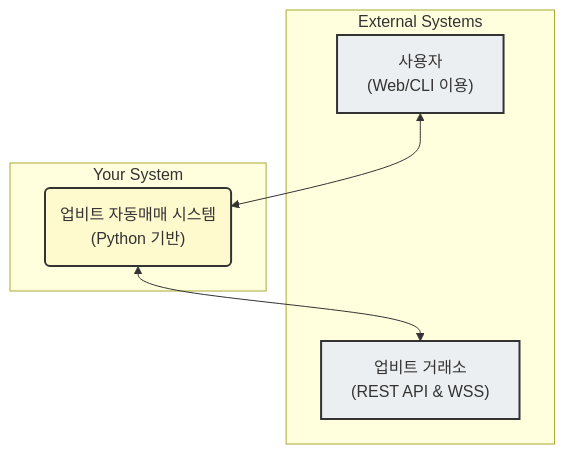
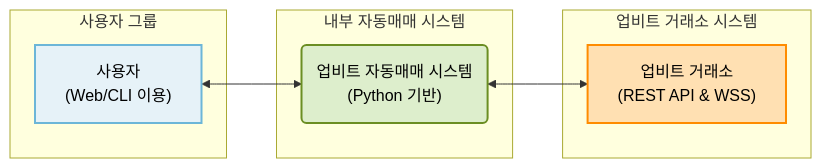
One commit to invisible0000/upbit-autotrader-vscode changed the diagram in reference/01_system_architecture_design.md. Above: the diagram before and after it, drawn with Mermaid. The commit also changed 34 other files, not shown here.

````diff
--- a/reference/01_system_architecture_design.md
+++ b/reference/01_system_architecture_design.md
@@ -22,17 +22,21 @@
 ```mermaid
-graph TD
-    A["사용자<br>(Web/CLI 이용)"] <--> B("업비트 자동매매 시스템<br>(Python 기반)")
-    B <--> C["업비트 거래소<br>(REST API & WSS)"]
-
-    subgraph External Systems
-        A
-        C
-    end
-    subgraph Your System
-        B
+graph LR
+    subgraph "사용자 그룹"
+        User["사용자<br>(Web/CLI 이용)"]
     end
 
-    style A fill:#ECEFF1,stroke:#333,stroke-width:2px,color:#333
-    style C fill:#ECEFF1,stroke:#333,stroke-width:2px,color:#333
-    style B fill:#FFFACD,stroke:#333,stroke-width:2px,color:#333
+    subgraph "업비트 거래소 시스템"
+        UpbitExchange["업비트 거래소<br>(REST API & WSS)"]
+    end
+
+    subgraph "내부 자동매매 시스템"
+        AutoTradingSystem("업비트 자동매매 시스템<br>(Python 기반)")
+    end
+
+    User <--> AutoTradingSystem
+    AutoTradingSystem <--> UpbitExchange
+
+    style User fill:#E6F2F8,stroke:#6CB6D8,stroke-width:2px,color:#000
+    style UpbitExchange fill:#FFE0B2,stroke:#FF8C00,stroke-width:2px,color:#000
+    style AutoTradingSystem fill:#DDEECC,stroke:#6B8E23,stroke-width:2px,color:#000
 ```
````
